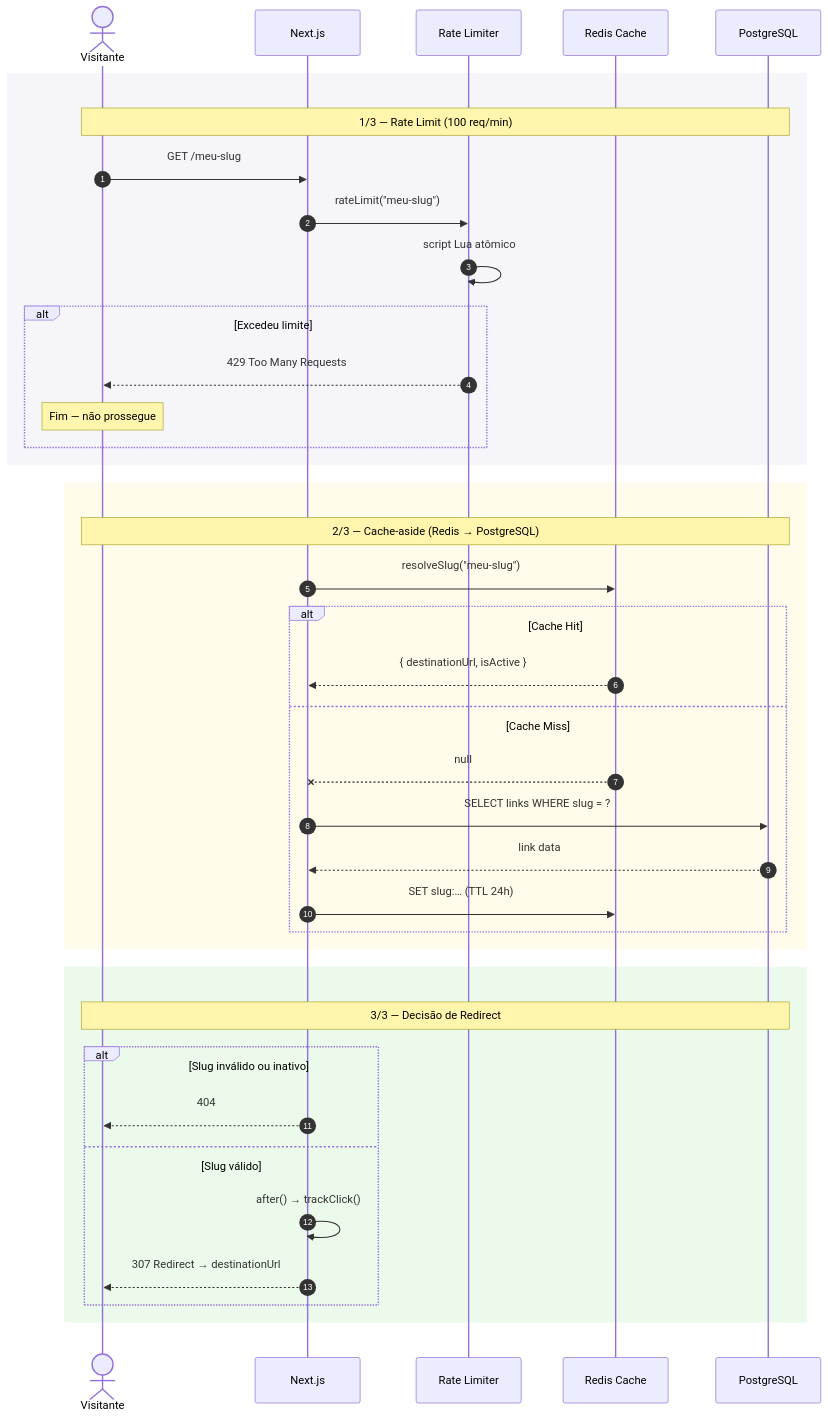
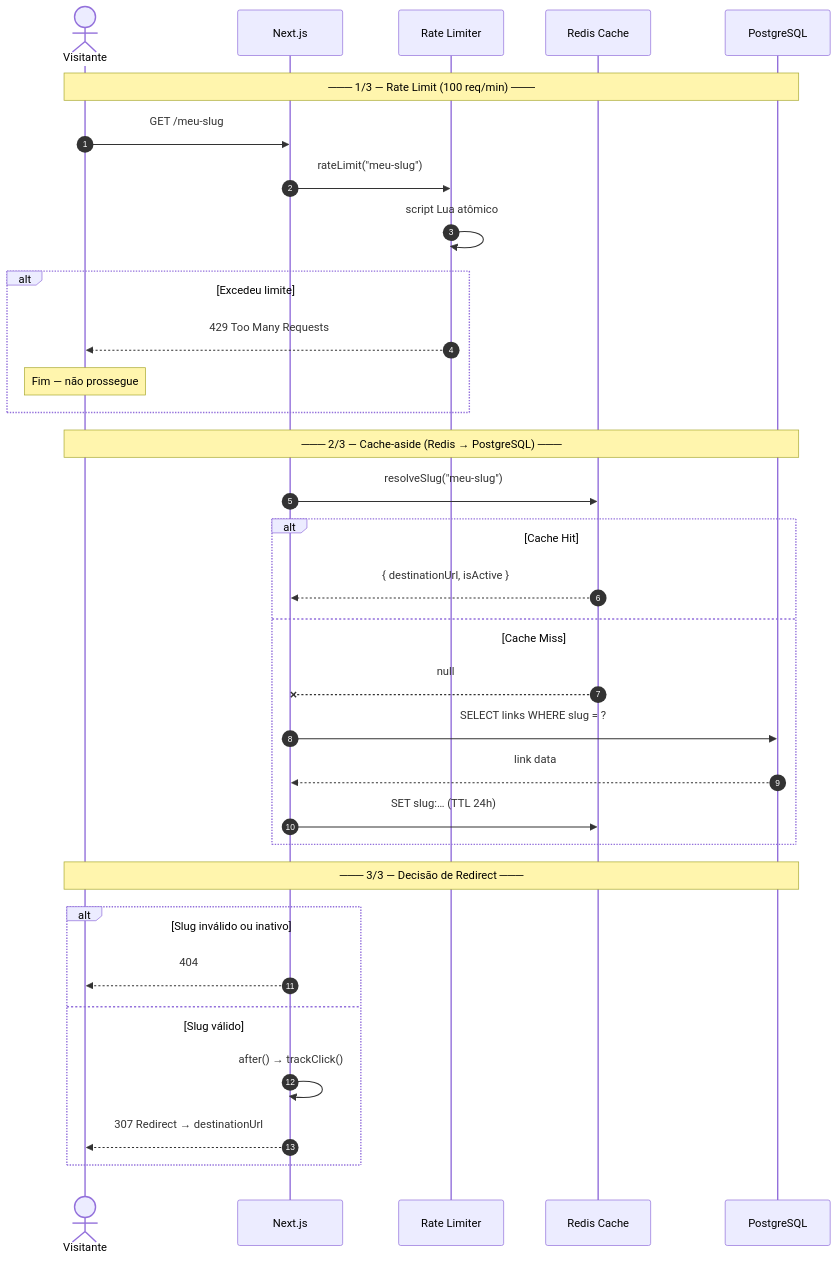
One commit to eduardoaugustolb/encurtador-url changed the first of 5 diagrams in docs/fluxo-de-dados.md. Above: the diagram before and after it, drawn with Mermaid. The commit also changed other lines of this file and 1 other file, not shown here.

````diff
--- a/docs/fluxo-de-dados.md
+++ b/docs/fluxo-de-dados.md
@@ -5,44 +5,38 @@
 ```mermaid
 %%{init: {'sequence': {'actorMargin': 60, 'boxMargin': 25}}}%%
 sequenceDiagram
     autonumber
     actor V as Visitante
     participant N as Next.js
     participant RL as Rate Limiter
     participant C as Redis Cache
     participant DB as PostgreSQL
 
-    rect rgb(245, 245, 250)
-        Note over V,DB: 1/3 — Rate Limit (100 req/min)
-        V->>N: GET /meu-slug
-        N->>RL: rateLimit("meu-slug")
-        RL->>RL: script Lua atômico
-        alt Excedeu limite
-            RL-->>V: 429 Too Many Requests
-            Note over V: Fim — não prossegue
-        end
+    Note over V,DB: ─── 1/3 — Rate Limit (100 req/min) ───
+    V->>N: GET /meu-slug
+    N->>RL: rateLimit("meu-slug")
+    RL->>RL: script Lua atômico
+    alt Excedeu limite
+        RL-->>V: 429 Too Many Requests
+        Note over V: Fim — não prossegue
     end
 
-    rect rgb(255, 252, 235)
-        Note over V,DB: 2/3 — Cache-aside (Redis → PostgreSQL)
-        N->>C: resolveSlug("meu-slug")
-        alt Cache Hit
-            C-->>N: { destinationUrl, isActive }
-        else Cache Miss
-            C--xN: null
-            N->>DB: SELECT links WHERE slug = ?
-            DB-->>N: link data
-            N->>C: SET slug:… (TTL 24h)
-        end
+    Note over V,DB: ─── 2/3 — Cache-aside (Redis → PostgreSQL) ───
+    N->>C: resolveSlug("meu-slug")
+    alt Cache Hit
+        C-->>N: { destinationUrl, isActive }
+    else Cache Miss
+        C--xN: null
+        N->>DB: SELECT links WHERE slug = ?
+        DB-->>N: link data
+        N->>C: SET slug:… (TTL 24h)
     end
 
-    rect rgb(235, 250, 235)
-        Note over V,DB: 3/3 — Decisão de Redirect
-        alt Slug inválido ou inativo
-            N-->>V: 404
-        else Slug válido
-            N->>N: after() → trackClick()
-            N-->>V: 307 Redirect → destinationUrl
-        end
+    Note over V,DB: ─── 3/3 — Decisão de Redirect ───
+    alt Slug inválido ou inativo
+        N-->>V: 404
+    else Slug válido
+        N->>N: after() → trackClick()
+        N-->>V: 307 Redirect → destinationUrl
     end
 ```
````
